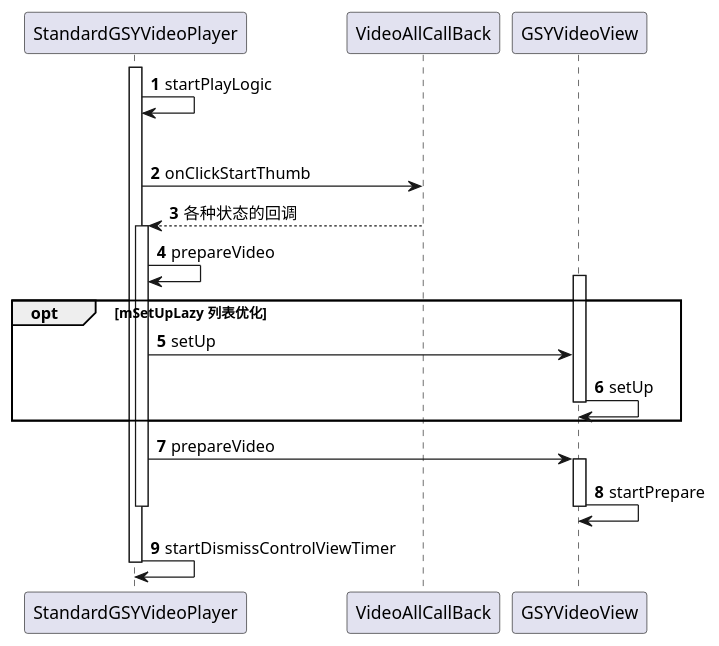
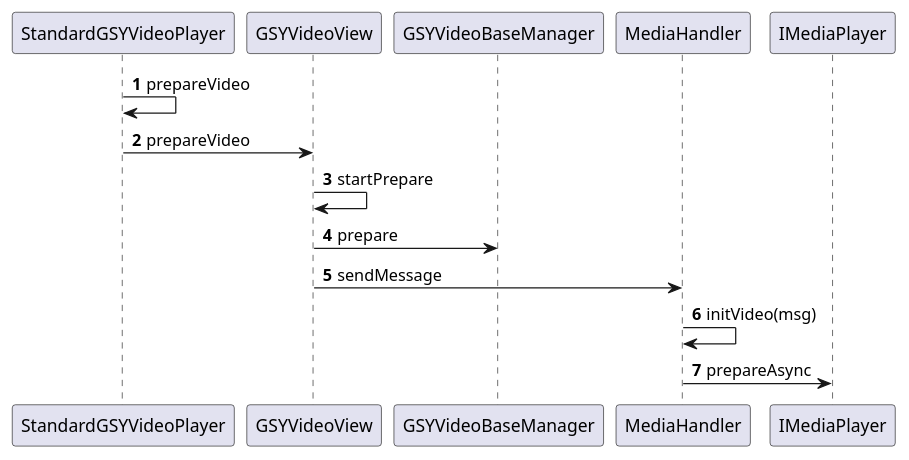
Before and after one commit to yufns/uml: the diagram in uml/gsyplayer/sequence/startPlayLogic.puml, drawn with PlantUML. The commit also changed 4 other files, not shown here.

```diff
--- a/uml/gsyplayer/sequence/startPlayLogic.puml
+++ b/uml/gsyplayer/sequence/startPlayLogic.puml
@@ -1,26 +1,11 @@
 @startuml
 autonumber
-activate StandardGSYVideoPlayer
-StandardGSYVideoPlayer -> StandardGSYVideoPlayer : startPlayLogic
-opt mVideoAllCallBack
-StandardGSYVideoPlayer -> VideoAllCallBack : onClickStartThumb
-VideoAllCallBack --> StandardGSYVideoPlayer : 各种状态的回调
-
-activate StandardGSYVideoPlayer
 StandardGSYVideoPlayer -> StandardGSYVideoPlayer : prepareVideo
-opt mSetUpLazy 列表优化
-activate GSYVideoView
-StandardGSYVideoPlayer -> GSYVideoView : setUp
-GSYVideoView -> GSYVideoView : setUp
-deactivate GSYVideoView
-
-end
 StandardGSYVideoPlayer -> GSYVideoView : prepareVideo
-activate GSYVideoView
 GSYVideoView -> GSYVideoView : startPrepare
-deactivate GSYVideoView
-deactivate StandardGSYVideoPlayer
-StandardGSYVideoPlayer -> StandardGSYVideoPlayer : startDismissControlViewTimer
-deactivate StandardGSYVideoPlayer
+GSYVideoView -> GSYVideoBaseManager : prepare
+GSYVideoView -> MediaHandler : sendMessage
+MediaHandler -> MediaHandler : initVideo(msg)
+MediaHandler -> IMediaPlayer : prepareAsync
 
 @enduml
```
